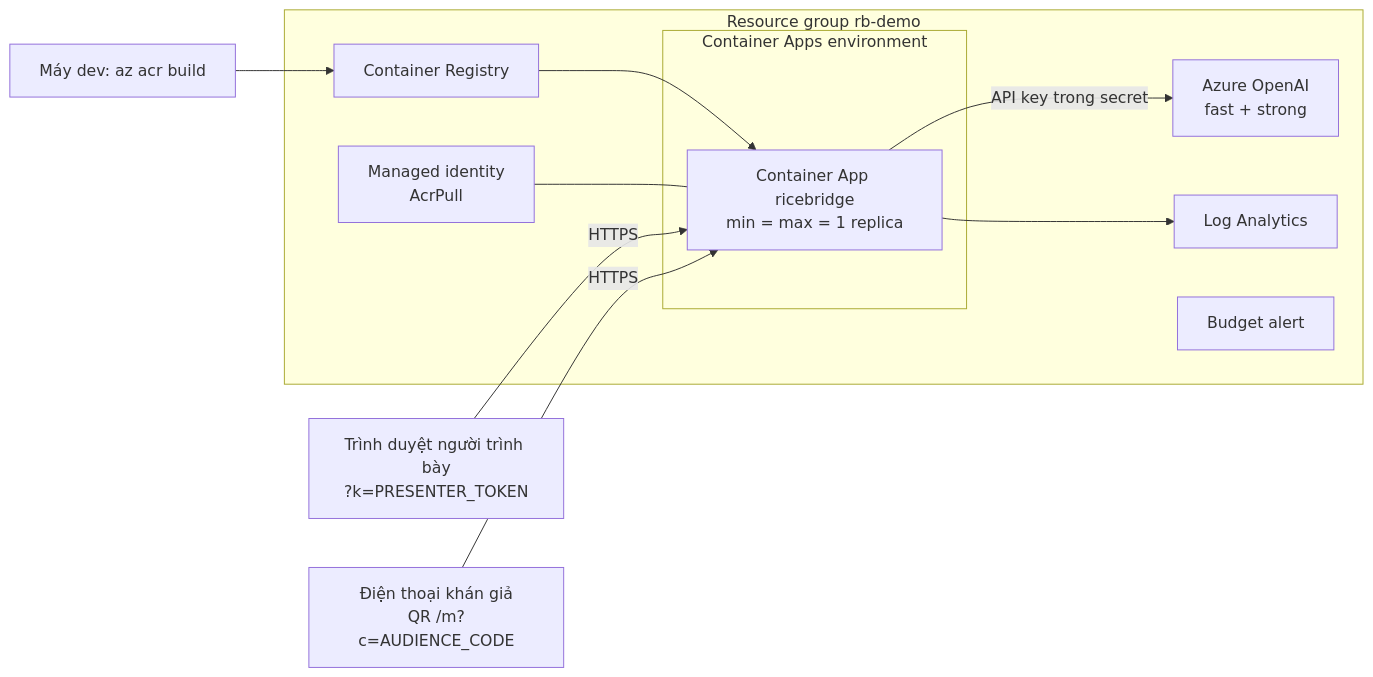
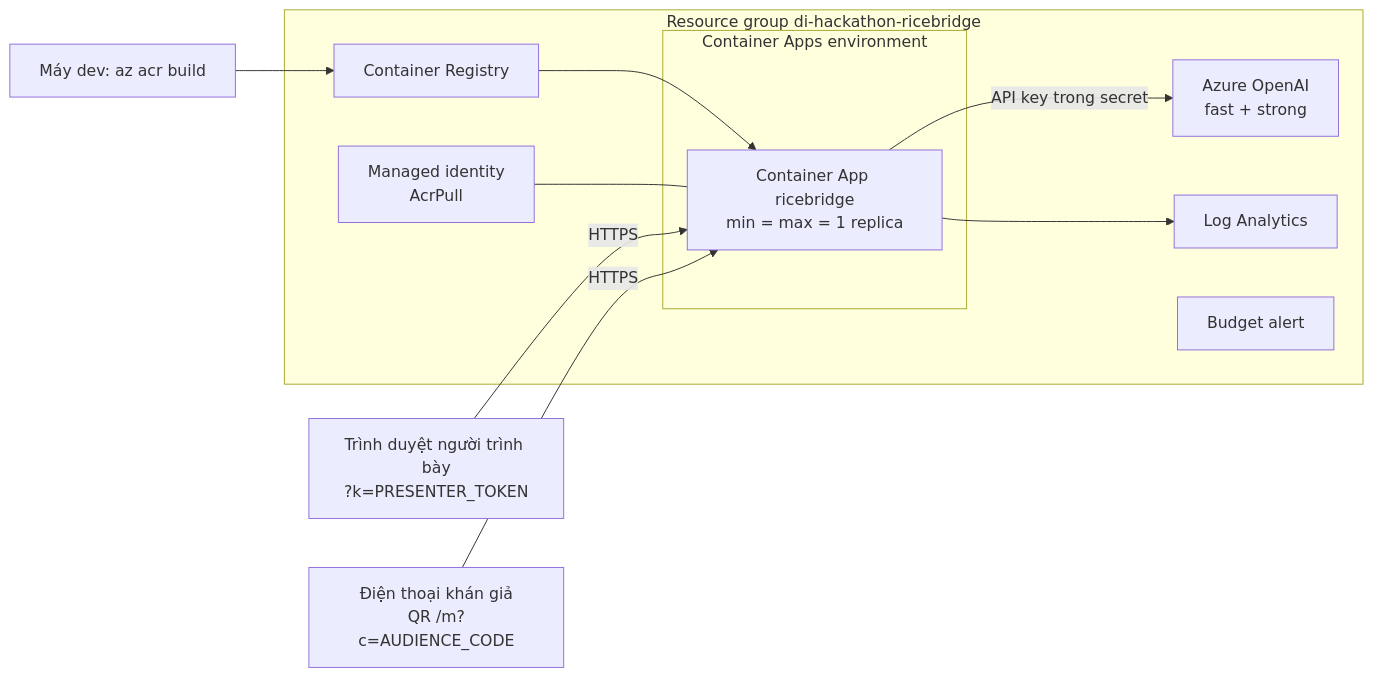
Before and after one commit to lebaohungk05/hackathon-vj-demos: the second of 3 diagrams in docs/design/redesign/README.md, drawn with Mermaid. The commit also changed other lines of this file and 8 other files, not shown here.

````diff
--- a/docs/design/redesign/README.md
+++ b/docs/design/redesign/README.md
@@ -98,20 +98,20 @@
 ```mermaid
 flowchart LR
-  subgraph RG[Resource group rb-demo]
+  subgraph RG[Resource group di-hackathon-ricebridge]
     AOAI[Azure OpenAI<br/>fast + strong]
     ACR[Container Registry]
     LAW[Log Analytics]
     subgraph ENV[Container Apps environment]
       APP[Container App ricebridge<br/>min = max = 1 replica]
     end
     UAMI[Managed identity<br/>AcrPull]
     BUD[Budget alert]
   end
   DEV[Máy dev: az acr build] --> ACR
   ACR --> APP
   UAMI --- APP
   APP -- API key trong secret --> AOAI
   APP --> LAW
   BR[Trình duyệt người trình bày<br/>?k=PRESENTER_TOKEN] -- HTTPS --> APP
   PH[Điện thoại khán giả<br/>QR /m?c=AUDIENCE_CODE] -- HTTPS --> APP
 ```
````
